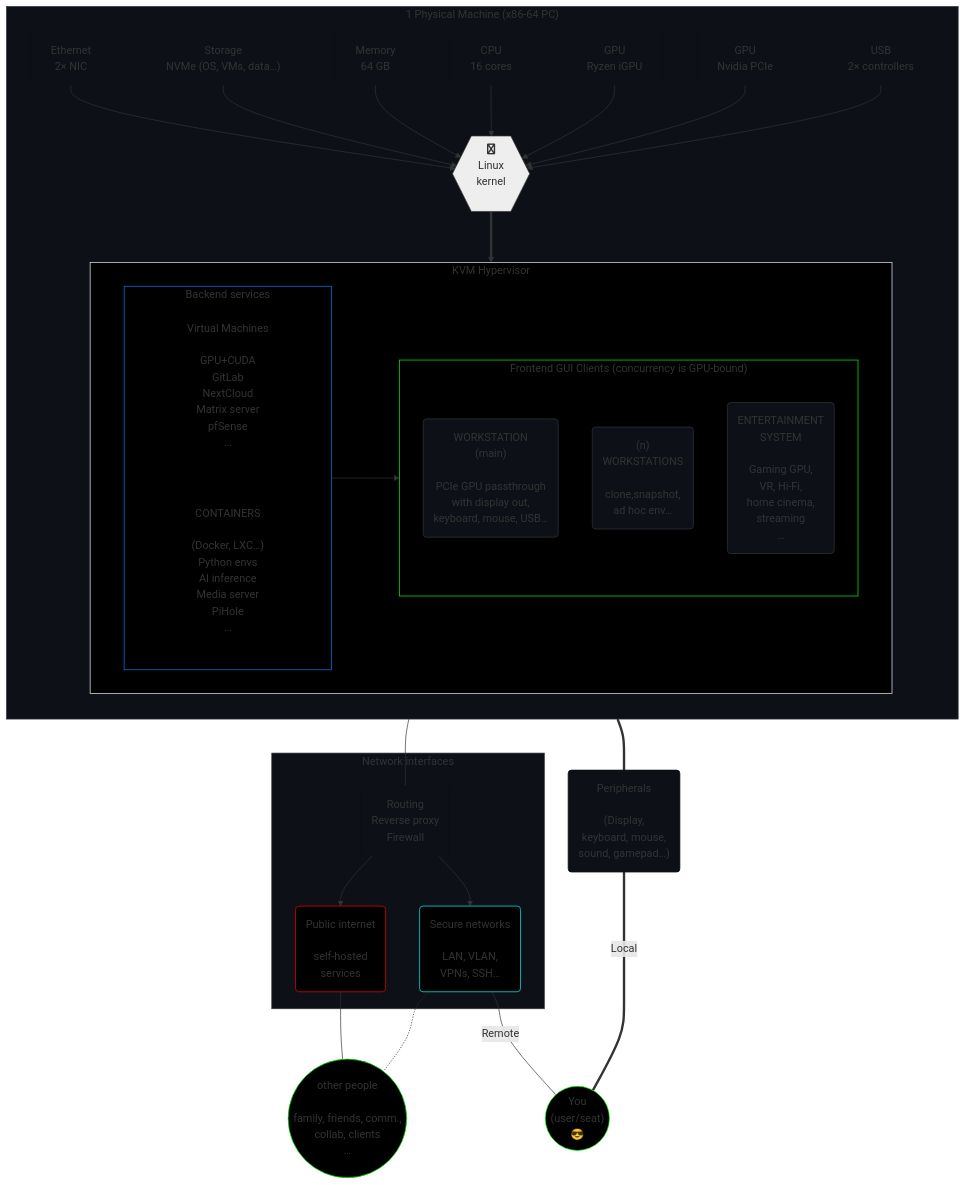
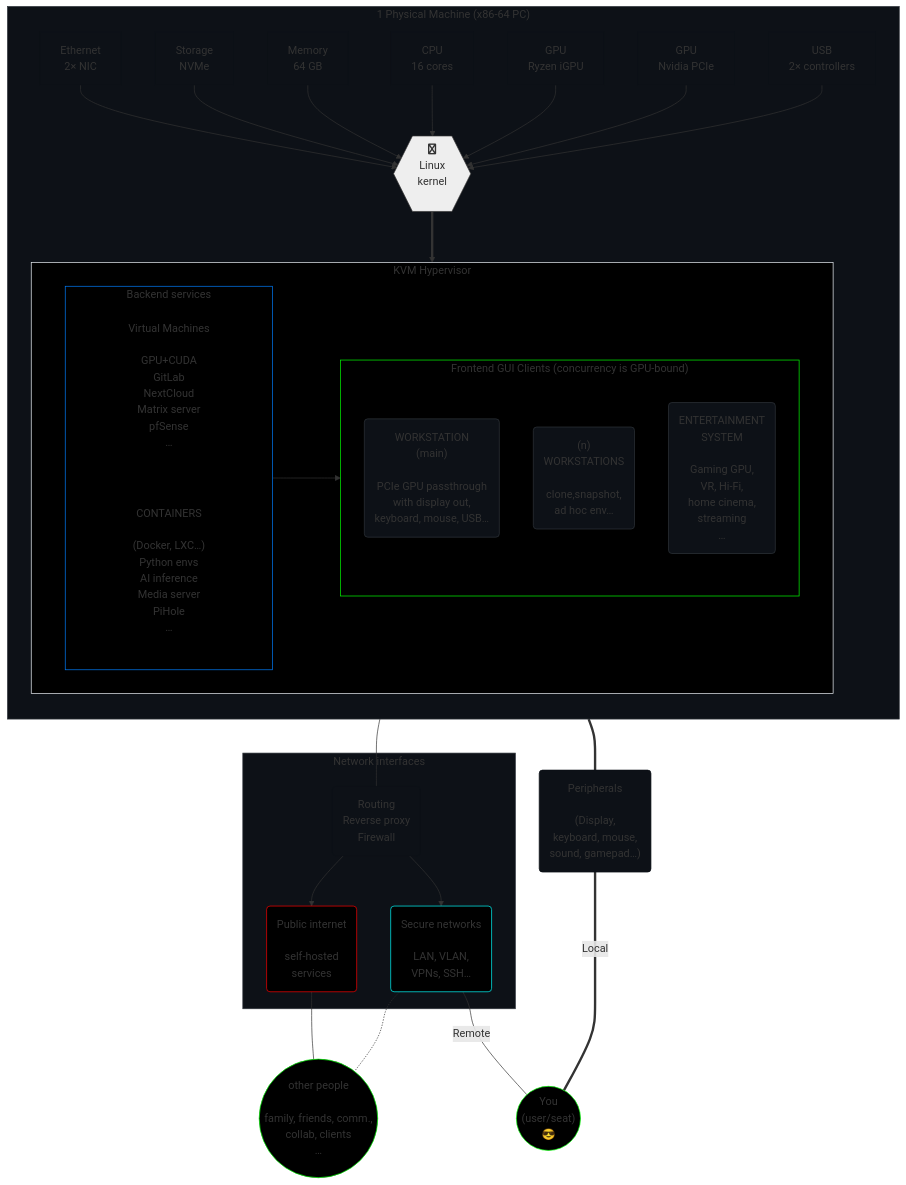
Before and after one commit to agenkit/GHost: the diagram in README.md, drawn with Mermaid.

```diff
--- a/README.md
+++ b/README.md
@@ -37,7 +37,7 @@
       direction TB
 
       pnet["Ethernet<br>2× NIC"] --> h
-      pstor["Storage<br>NVMe (OS, VMs, data…)"] --> h
+      pstor["Storage<br>NVMe"] --> h
       pmem["Memory<br>64 GB"] --> h
       pcpu["CPU<br>16 cores"] --> h
       pgpu1["GPU<br>Ryzen iGPU"] --> h
```
